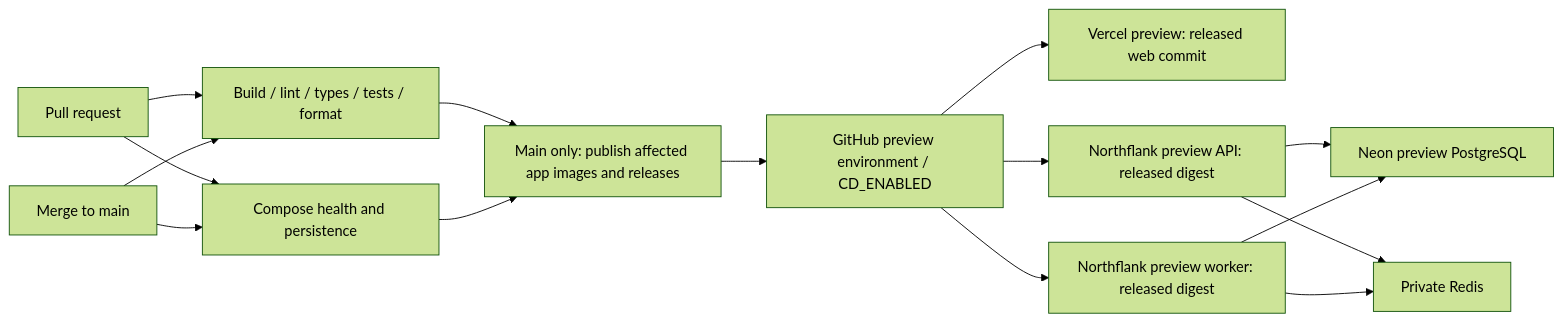
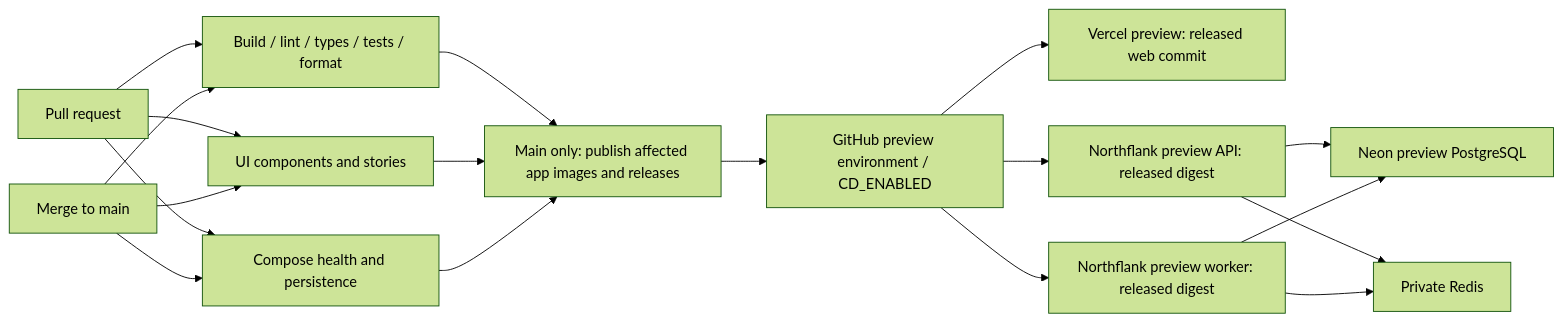
One commit to ashvir99260/flowboard changed the diagram in docs/CI_CD.md. Above: the diagram before and after it, drawn with Mermaid (forest theme). The commit also changed other lines of this file and 7 other files, not shown here.

````diff
--- a/docs/CI_CD.md
+++ b/docs/CI_CD.md
@@ -5,17 +5,20 @@
 ```mermaid
 flowchart LR
   PR[Pull request] --> Checks[Build / lint / types / tests / format]
+  PR --> UI[UI components and stories]
   PR --> Docker[Compose health and persistence]
   Main[Merge to main] --> Checks
+  Main --> UI
   Main --> Docker
   Checks --> Publish[Main only: publish affected app images and releases]
+  UI --> Publish
   Docker --> Publish
   Publish --> Gate[GitHub preview environment / CD_ENABLED]
   Gate --> Web[Vercel preview: released web commit]
   Gate --> API[Northflank preview API: released digest]
   Gate --> Worker[Northflank preview worker: released digest]
   API --> Neon[Neon preview PostgreSQL]
   API --> Redis[Private Redis]
   Worker --> Neon
   Worker --> Redis
 ```
````
